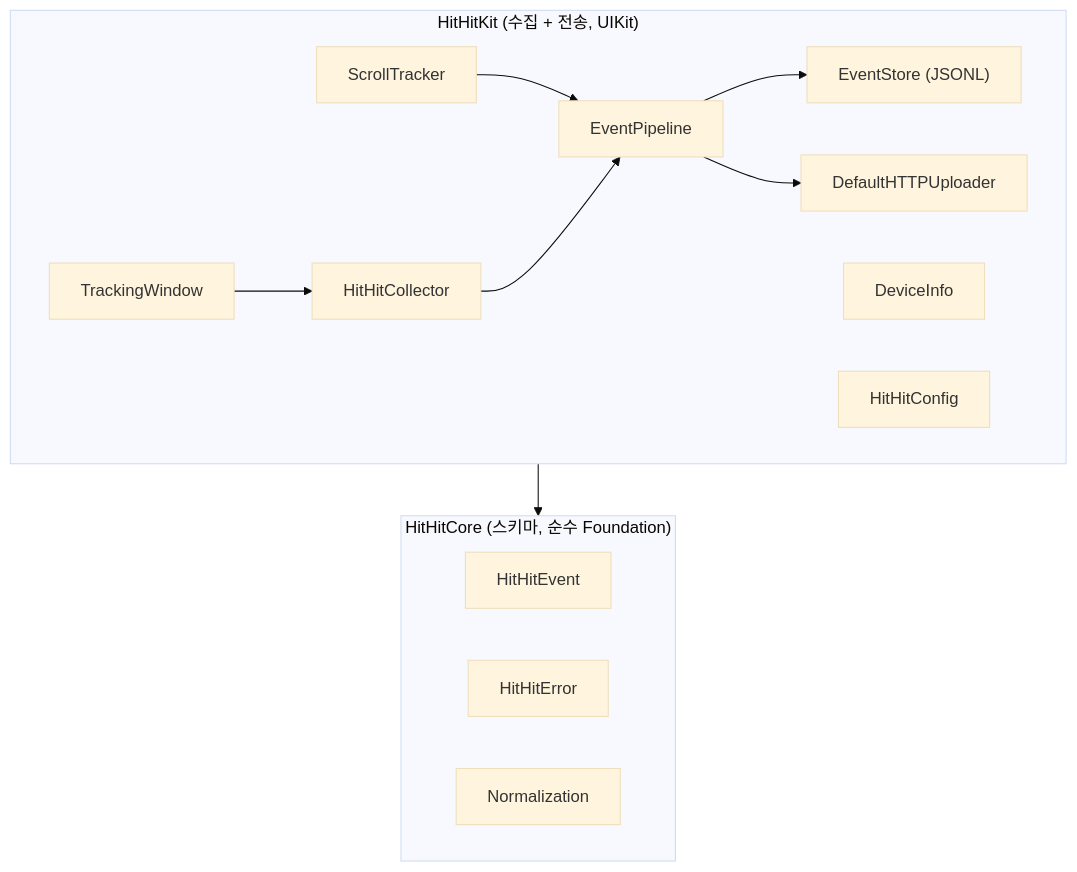
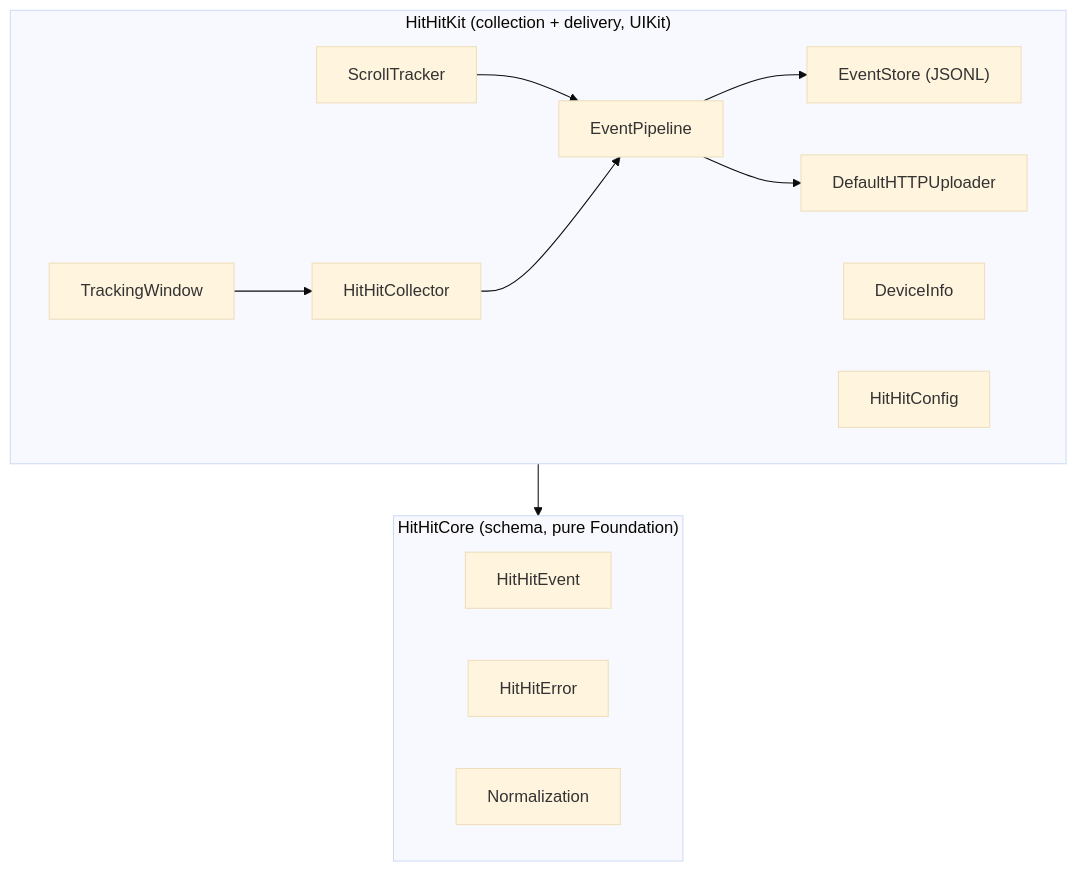
One commit to DevVenusK/iOS-HitHit changed the second of 2 diagrams in README.md. Above: the diagram before and after it, drawn with Mermaid (base theme). The commit also changed other lines of this file, not shown here.

````diff
--- a/README.md
+++ b/README.md
@@ -70,18 +79,18 @@
 ```mermaid
 flowchart TD
-  subgraph Kit["HitHitKit (수집 + 전송, UIKit)"]
+  subgraph Kit["HitHitKit (collection + delivery, UIKit)"]
     TW["TrackingWindow"] --> Col["HitHitCollector"]
     ST["ScrollTracker"] --> Pipe["EventPipeline"]
     Col --> Pipe
     Pipe --> Store["EventStore (JSONL)"]
     Pipe --> Up["DefaultHTTPUploader"]
     Dev["DeviceInfo"]
     Cfg["HitHitConfig"]
   end
-  subgraph Core["HitHitCore (스키마, 순수 Foundation)"]
+  subgraph Core["HitHitCore (schema, pure Foundation)"]
     Ev["HitHitEvent"]
     Er["HitHitError"]
     No["Normalization"]
   end
   Kit --> Core
 ```
````
